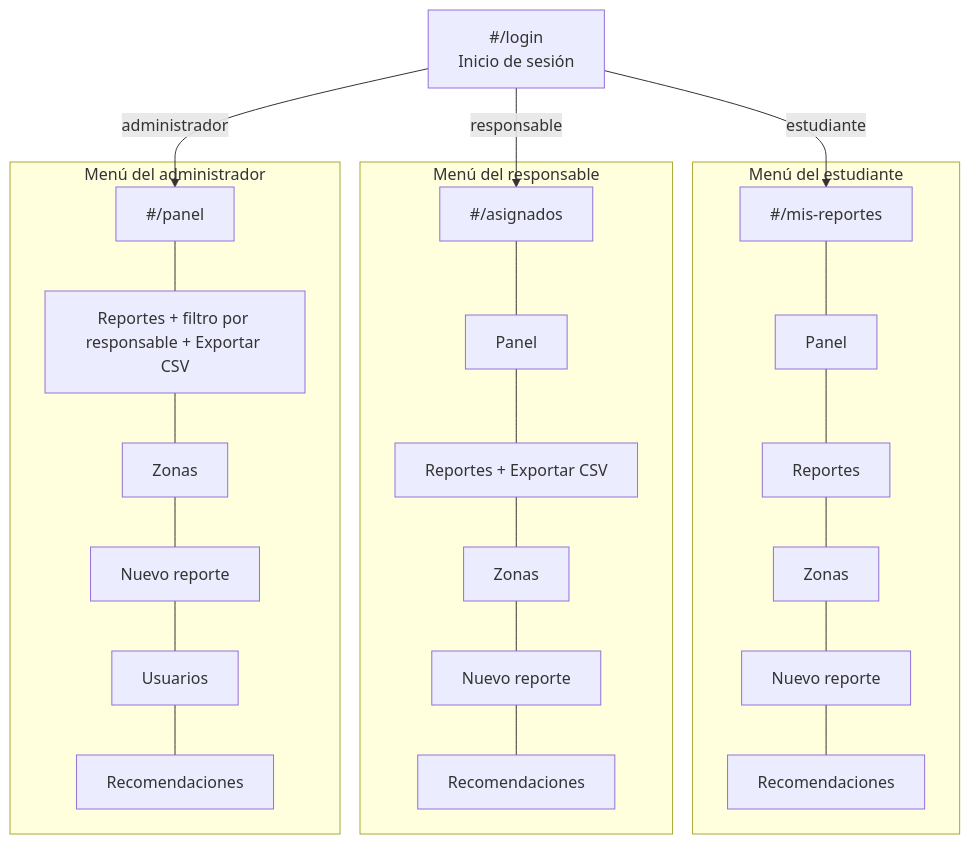
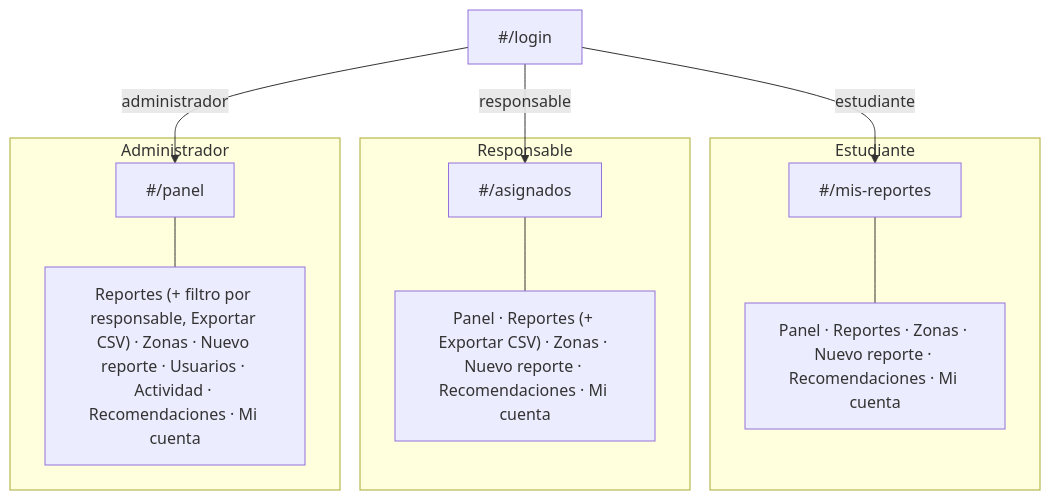
The diagram in documentacion/diagramas/navegacion.md (ElOne1415/ReportaCampus), drawn with Mermaid before and after one commit. The commit also changed other lines of this file and 14 other files, not shown here.

First line of the commit message:
docs: arquitectura final, diagramas, requerimientos, pruebas y decisiones

````diff
--- a/documentacion/diagramas/navegacion.md
+++ b/documentacion/diagramas/navegacion.md
@@ -5,16 +5,16 @@
 ```mermaid
 flowchart TD
-    L["#/login<br/>Inicio de sesión"] -->|estudiante| MR["#/mis-reportes"]
+    L["#/login"] -->|estudiante| MR["#/mis-reportes"]
     L -->|responsable| AS["#/asignados"]
     L -->|administrador| P["#/panel"]
 
-    subgraph Menú del estudiante
-        MR --- P1["Panel"] --- RE1["Reportes"] --- Z1["Zonas"] --- N1["Nuevo reporte"] --- RC1["Recomendaciones"]
+    subgraph Estudiante
+        MR --- E2["Panel · Reportes · Zonas · Nuevo reporte · Recomendaciones · Mi cuenta"]
     end
-    subgraph Menú del responsable
-        AS --- P2["Panel"] --- RE2["Reportes + Exportar CSV"] --- Z2["Zonas"] --- N2["Nuevo reporte"] --- RC2["Recomendaciones"]
+    subgraph Responsable
+        AS --- R2["Panel · Reportes (+ Exportar CSV) · Zonas · Nuevo reporte · Recomendaciones · Mi cuenta"]
     end
-    subgraph Menú del administrador
-        P --- RE3["Reportes + filtro por responsable + Exportar CSV"] --- Z3["Zonas"] --- N3["Nuevo reporte"] --- U3["Usuarios"] --- RC3["Recomendaciones"]
+    subgraph Administrador
+        P --- A2["Reportes (+ filtro por responsable, Exportar CSV) · Zonas · Nuevo reporte · Usuarios · Actividad · Recomendaciones · Mi cuenta"]
     end
 ```
````
